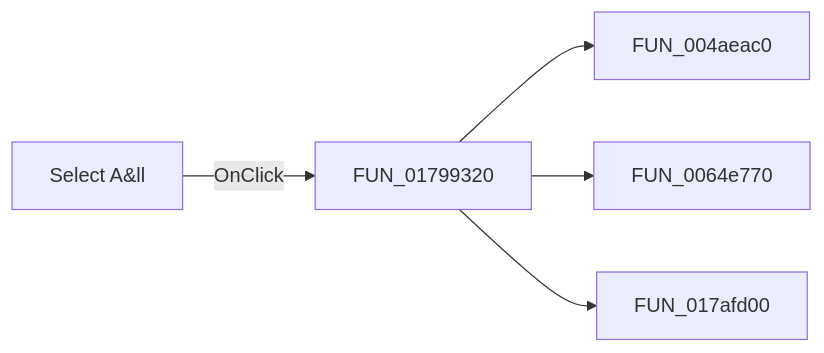
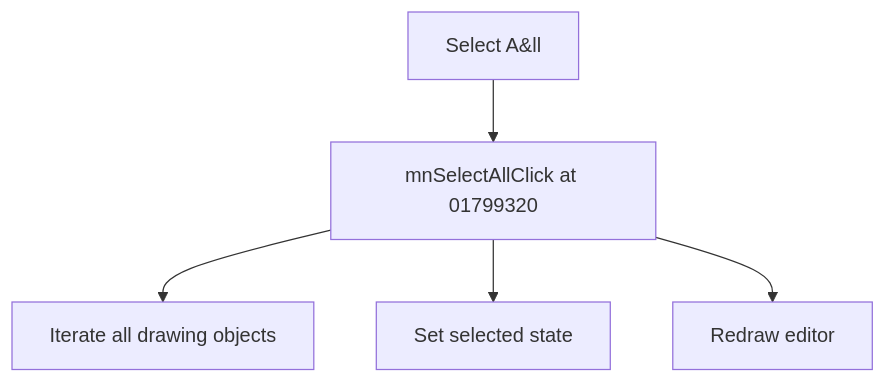
Before and after one commit to MovGP0/TIARA: the diagram in docs/ui-controls/shapeedit/mnselectall-b8d6cf56bc.md, drawn with Mermaid. The commit also changed other lines of this file and 1062 other files, not shown here.

````diff
--- a/docs/ui-controls/shapeedit/mnselectall-b8d6cf56bc.md
+++ b/docs/ui-controls/shapeedit/mnselectall-b8d6cf56bc.md
@@ -27,7 +25,7 @@
 ```mermaid
-flowchart LR
-    control["Select A&ll"] -->|OnClick| handler["FUN_01799320"]
-    handler --> call1["FUN_004aeac0"]
-    handler --> call2["FUN_0064e770"]
-    handler --> call3["FUN_017afd00"]
+flowchart TD
+    control["Select A&ll"] --> handler["mnSelectAllClick at 01799320"]
+    handler --> step1["Iterate all drawing objects"]
+    handler --> step2["Set selected state"]
+    handler --> step3["Redraw editor"]
 ```
````
